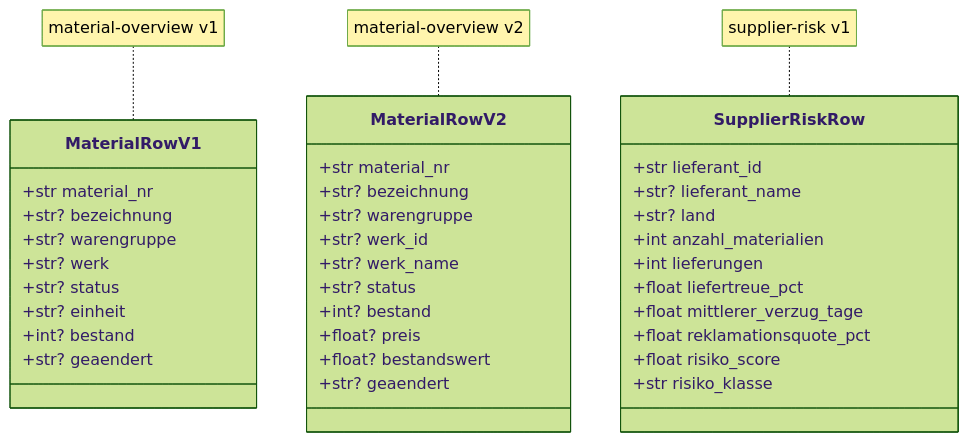
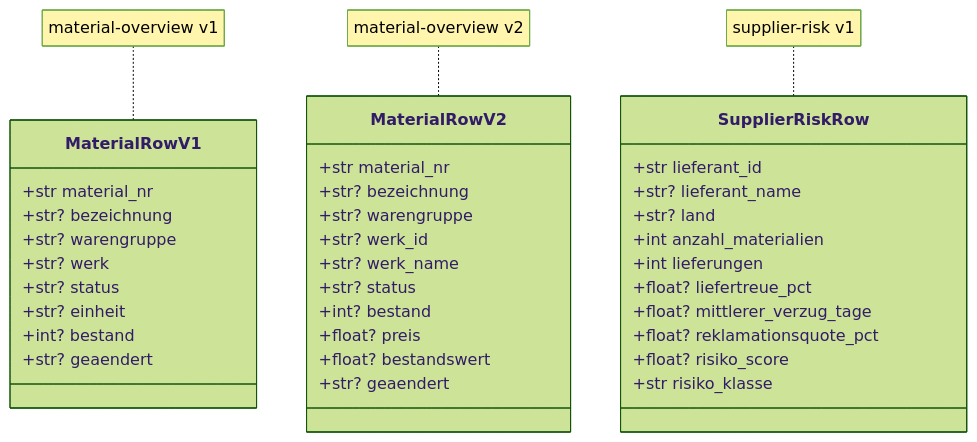
Before and after one commit to PlongoDongo/material_management_dashboard: the third of 3 diagrams in docs/architecture.md, drawn with Mermaid (forest theme). The commit also changed other lines of this file and 28 other files, not shown here.

````diff
--- a/docs/architecture.md
+++ b/docs/architecture.md
@@ -77,40 +77,40 @@
 ```mermaid
 classDiagram
   class MaterialRowV1 {
     +str material_nr
     +str? bezeichnung
     +str? warengruppe
     +str? werk
     +str? status
     +str? einheit
     +int? bestand
     +str? geaendert
   }
   note for MaterialRowV1 "material-overview v1"
   class MaterialRowV2 {
     +str material_nr
     +str? bezeichnung
     +str? warengruppe
     +str? werk_id
     +str? werk_name
     +str? status
     +int? bestand
     +float? preis
     +float? bestandswert
     +str? geaendert
   }
   note for MaterialRowV2 "material-overview v2"
   class SupplierRiskRow {
     +str lieferant_id
     +str? lieferant_name
     +str? land
     +int anzahl_materialien
     +int lieferungen
-    +float liefertreue_pct
-    +float mittlerer_verzug_tage
-    +float reklamationsquote_pct
-    +float risiko_score
+    +float? liefertreue_pct
+    +float? mittlerer_verzug_tage
+    +float? reklamationsquote_pct
+    +float? risiko_score
     +str risiko_klasse
   }
   note for SupplierRiskRow "supplier-risk v1"
 ```
````
